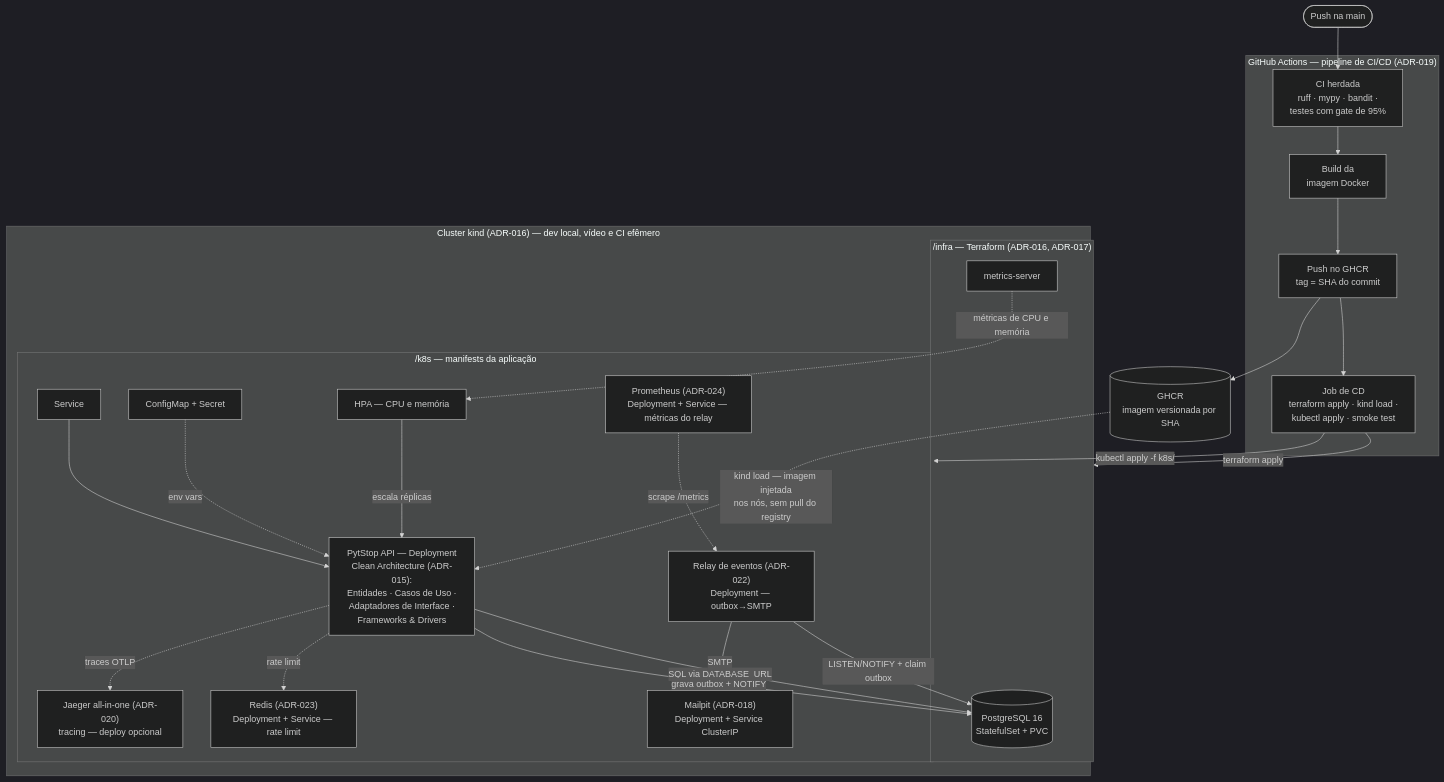
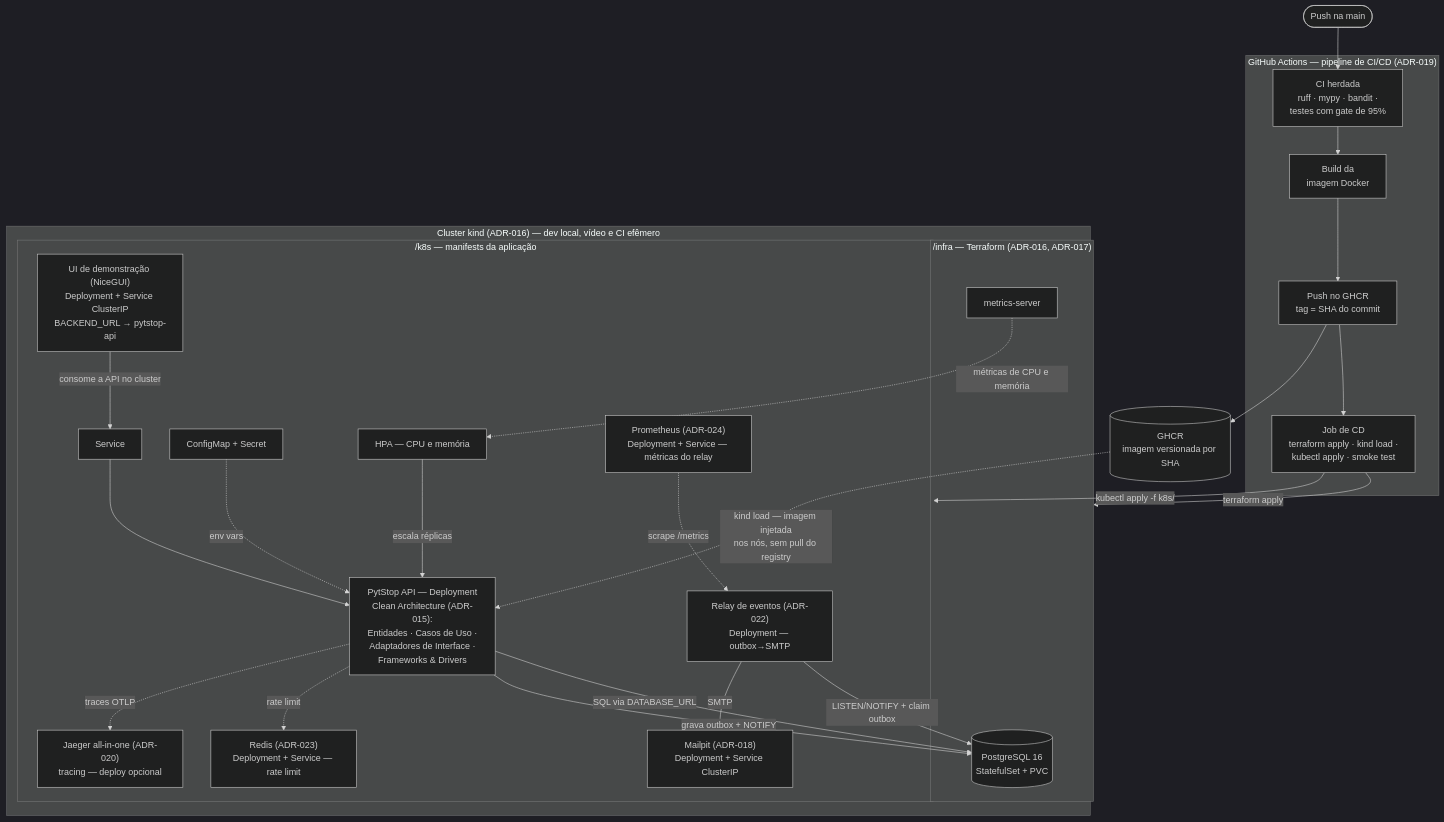
The first of 3 diagrams in docs/entrega/fase2/entrega-fase-2.md (fiap-postech-sw-architecture/postech-sw-arch-p2), drawn with Mermaid (dark theme) before and after one commit. The commit also changed other lines of this file and 7 other files, not shown here.

````diff
--- a/docs/entrega/fase2/entrega-fase-2.md
+++ b/docs/entrega/fase2/entrega-fase-2.md
@@ -209,47 +209,49 @@
 ```mermaid
 flowchart TB
     push_main(["Push na main"]) --> ci_stage
 
     subgraph gha["GitHub Actions — pipeline de CI/CD (ADR-019)"]
         ci_stage["CI herdada<br/>ruff · mypy · bandit ·<br/>testes com gate de 95%"] --> build_img["Build da<br/>imagem Docker"]
         build_img --> publish["Push no GHCR<br/>tag = SHA do commit"]
         publish --> cd_job["Job de CD<br/>terraform apply · kind load ·<br/>kubectl apply · smoke test"]
     end
 
     ghcr[("GHCR<br/>imagem versionada por SHA")]
     publish --> ghcr
 
     cd_job -->|"terraform apply"| infra_tf
     cd_job -->|"kubectl apply -f k8s/"| k8s_app
     ghcr -.->|"kind load — imagem injetada<br/>nos nós, sem pull do registry"| app
 
     subgraph cluster["Cluster kind (ADR-016) — dev local, vídeo e CI efêmero"]
         subgraph infra_tf["/infra — Terraform (ADR-016, ADR-017)"]
             pg[("PostgreSQL 16<br/>StatefulSet + PVC")]
             ms["metrics-server"]
         end
         subgraph k8s_app["/k8s — manifests da aplicação"]
             svc["Service"]
             app["PytStop API — Deployment<br/>Clean Architecture (ADR-015):<br/>Entidades · Casos de Uso ·<br/>Adaptadores de Interface ·<br/>Frameworks & Drivers"]
             cfg["ConfigMap + Secret"]
             hpa["HPA — CPU e memória"]
             mailpit["Mailpit (ADR-018)<br/>Deployment + Service ClusterIP"]
             jaeger["Jaeger all-in-one (ADR-020)<br/>tracing — deploy opcional"]
             relay["Relay de eventos (ADR-022)<br/>Deployment — outbox→SMTP"]
             redis["Redis (ADR-023)<br/>Deployment + Service — rate limit"]
             prometheus["Prometheus (ADR-024)<br/>Deployment + Service — métricas do relay"]
+            ui["UI de demonstração (NiceGUI)<br/>Deployment + Service ClusterIP<br/>BACKEND_URL → pytstop-api"]
         end
     end
 
     svc --> app
     cfg -.->|"env vars"| app
     hpa -->|"escala réplicas"| app
     ms -.->|"métricas de CPU e memória"| hpa
+    ui -->|"consome a API no cluster"| svc
     app -->|"SQL via DATABASE_URL"| pg
     app -->|"grava outbox + NOTIFY"| pg
     relay -->|"LISTEN/NOTIFY + claim outbox"| pg
     relay -->|"SMTP"| mailpit
     app -.->|"rate limit"| redis
     app -.->|"traces OTLP"| jaeger
     prometheus -.->|"scrape /metrics"| relay
 ```
````
